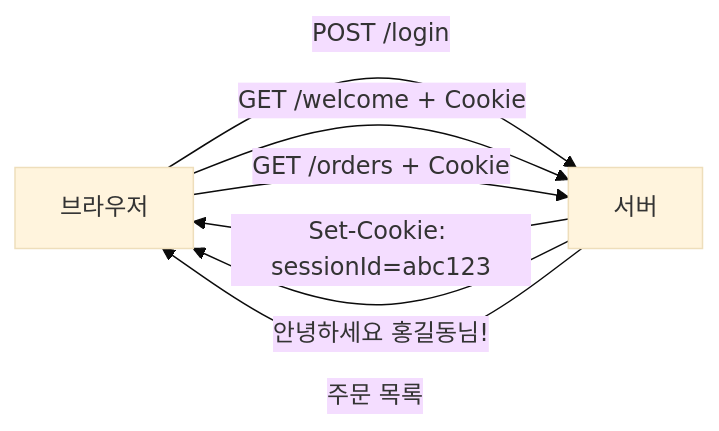
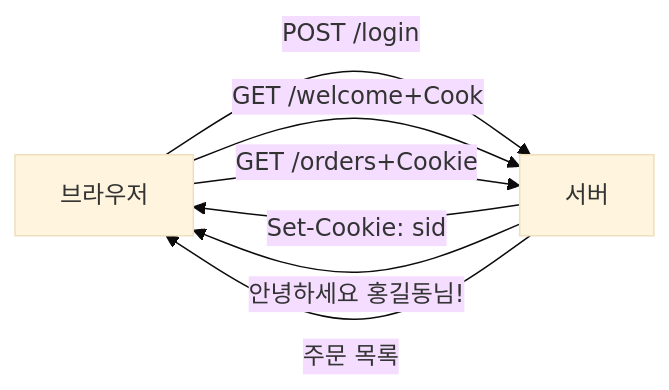
One commit to yjkim2015/yjkim2015.github.io changed the fourth of 6 diagrams in _posts/http/2021-01-31-http-7.md. Above: the diagram before and after it, drawn with Mermaid (base theme). The commit also changed other lines of this file and 245 other files, not shown here.

First line of the commit message:
Mermaid 다이어그램 전면 수정 + 면접 포인트 접기/펼치기 + DB 데드락 페이지

````diff
--- a/_posts/http/2021-01-31-http-7.md
+++ b/_posts/http/2021-01-31-http-7.md
@@ -114,9 +114,9 @@
 ```mermaid
 graph LR
     U["브라우저"] -->|"POST /login"| S["서버"]
-    S -->|"Set-Cookie: sessionId=abc123"| U
-    U -->|"GET /welcome + Cookie"| S
+    S -->|"Set-Cookie: sid"| U
+    U -->|"GET /welcome+Cook"| S
     S -->|"안녕하세요 홍길동님!"| U
-    U -->|"GET /orders + Cookie"| S
+    U -->|"GET /orders+Cookie"| S
     S -->|"주문 목록"| U
 ```
````
